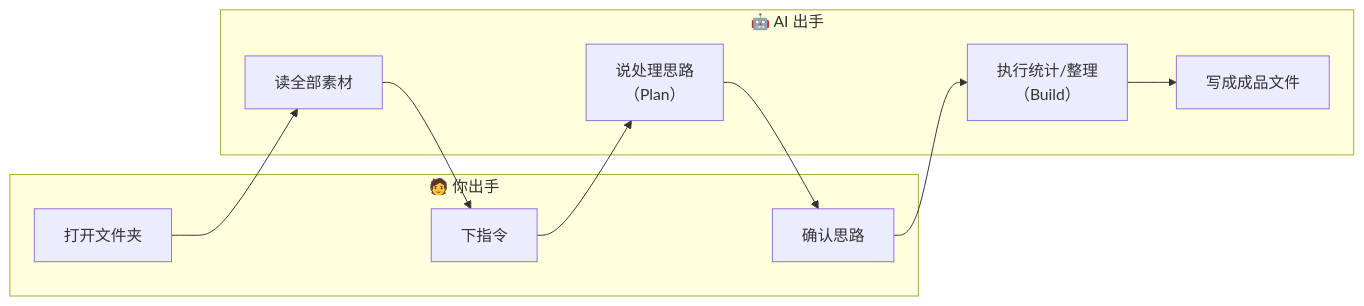
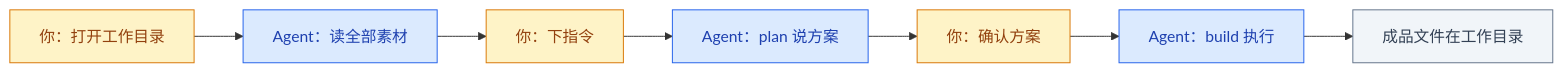
One commit to masonsxu/notes changed the fifth of 7 diagrams in ppt/ppt1-intro/opencode-getting-started.md. Above: the diagram before and after it, drawn with Mermaid. The commit also changed other lines of this file and 1 other file, not shown here.

````diff
--- a/ppt/ppt1-intro/opencode-getting-started.md
+++ b/ppt/ppt1-intro/opencode-getting-started.md
@@ -222,20 +297,13 @@
 ```mermaid
 flowchart LR
-    subgraph YOU["🧑 你出手"]
-        Y1["打开文件夹"]
-        Y2["下指令"]
-        Y3["确认思路"]
-    end
-    subgraph AI["🤖 AI 出手"]
-        A1["读全部素材"]
-        A2["说处理思路<br/>（Plan）"]
-        A3["执行统计/整理<br/>（Build）"]
-        A4["写成成品文件"]
-    end
-    Y1 --> A1
-    A1 --> Y2
-    Y2 --> A2
-    A2 --> Y3
-    Y3 --> A3
-    A3 --> A4
+    classDef human fill:#FEF3C7,stroke:#D97706,color:#92400E
+    classDef agent fill:#DBEAFE,stroke:#2563EB,color:#1E40AF
+    classDef artifact fill:#F1F5F9,stroke:#64748B,color:#334155
+
+    Y1["你：打开工作目录"]:::human --> A1["Agent：读全部素材"]:::agent
+    A1 --> Y2["你：下指令"]:::human
+    Y2 --> A2["Agent：plan 说方案"]:::agent
+    A2 --> Y3["你：确认方案"]:::human
+    Y3 --> A3["Agent：build 执行"]:::agent
+    A3 --> A4["成品文件在工作目录"]:::artifact
 ```
````
